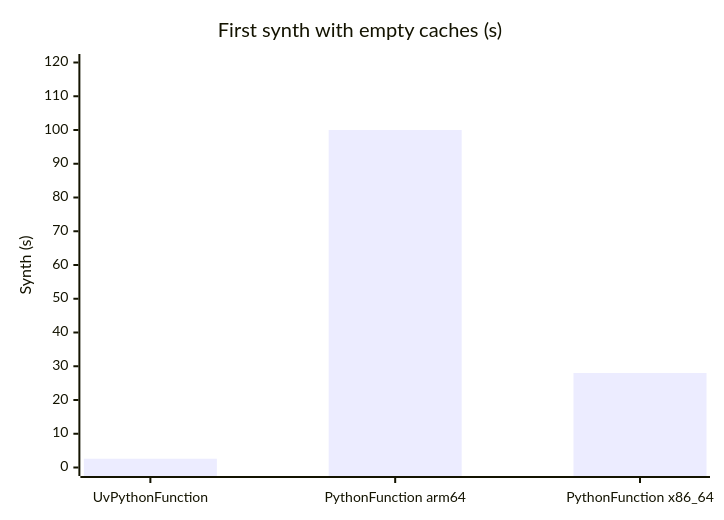
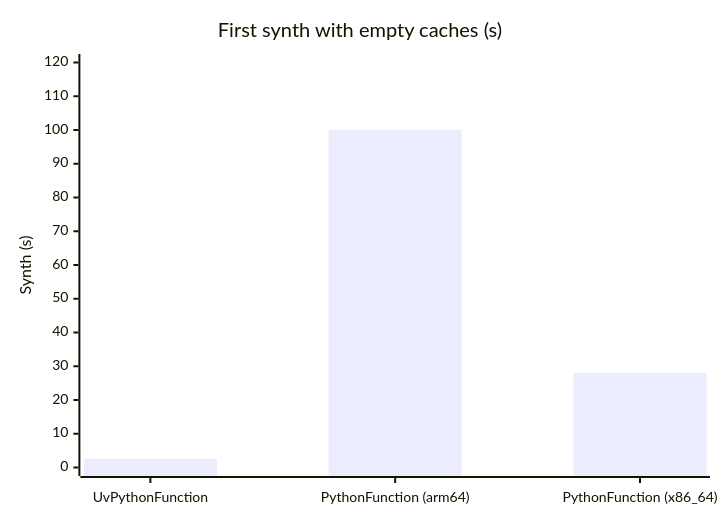
The third of 3 diagrams in cdk/lambda-python-uv-enhanced/README.md (garysassano/aws-examples), drawn with Mermaid before and after one commit. The commit also changed other lines of this file, not shown here.

Commit message:
docs(cdk/lambda-python-uv-enhanced): put the target architecture back in the build table headers

````diff
--- a/cdk/lambda-python-uv-enhanced/README.md
+++ b/cdk/lambda-python-uv-enhanced/README.md
@@ -79,7 +78,7 @@
 ```mermaid
 xychart-beta
   title "First synth with empty caches (s)"
-  x-axis ["UvPythonFunction", "PythonFunction arm64", "PythonFunction x86_64"]
+  x-axis ["UvPythonFunction", "PythonFunction (arm64)", "PythonFunction (x86_64)"]
   y-axis "Synth (s)" 0 --> 120
   bar [2.6, 100, 28]
 ```
````
